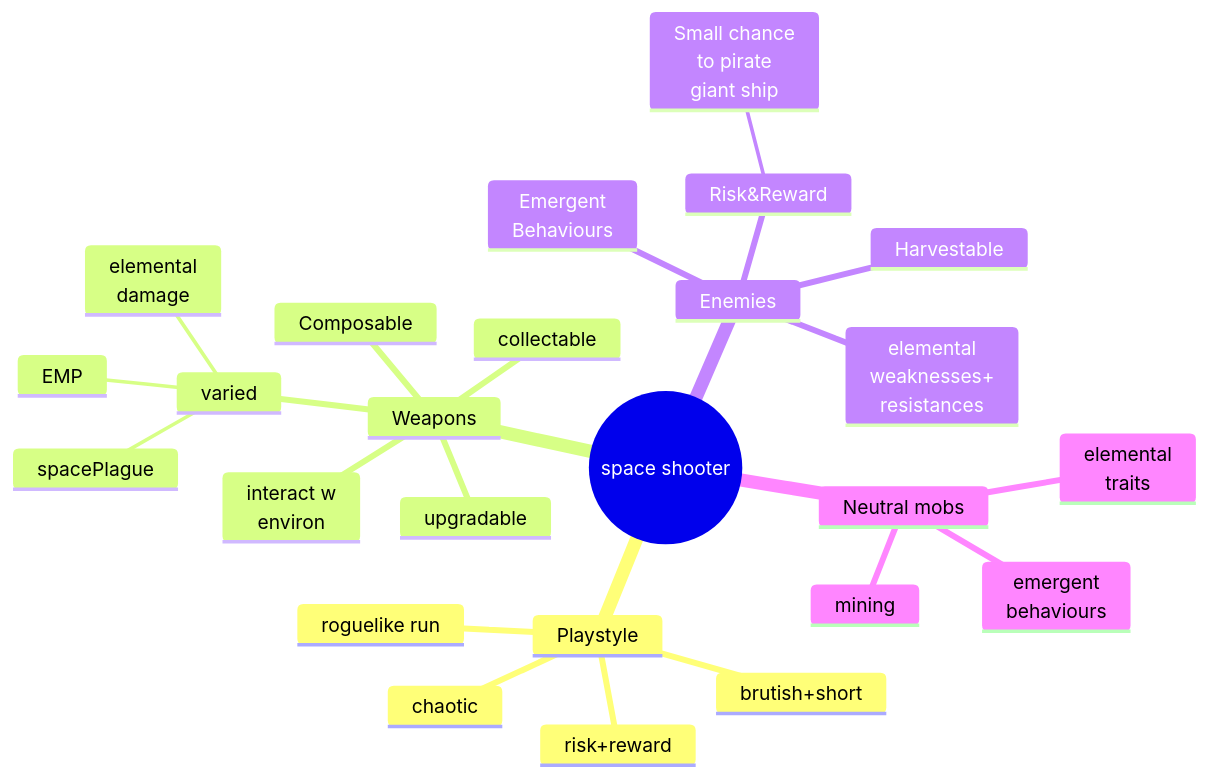
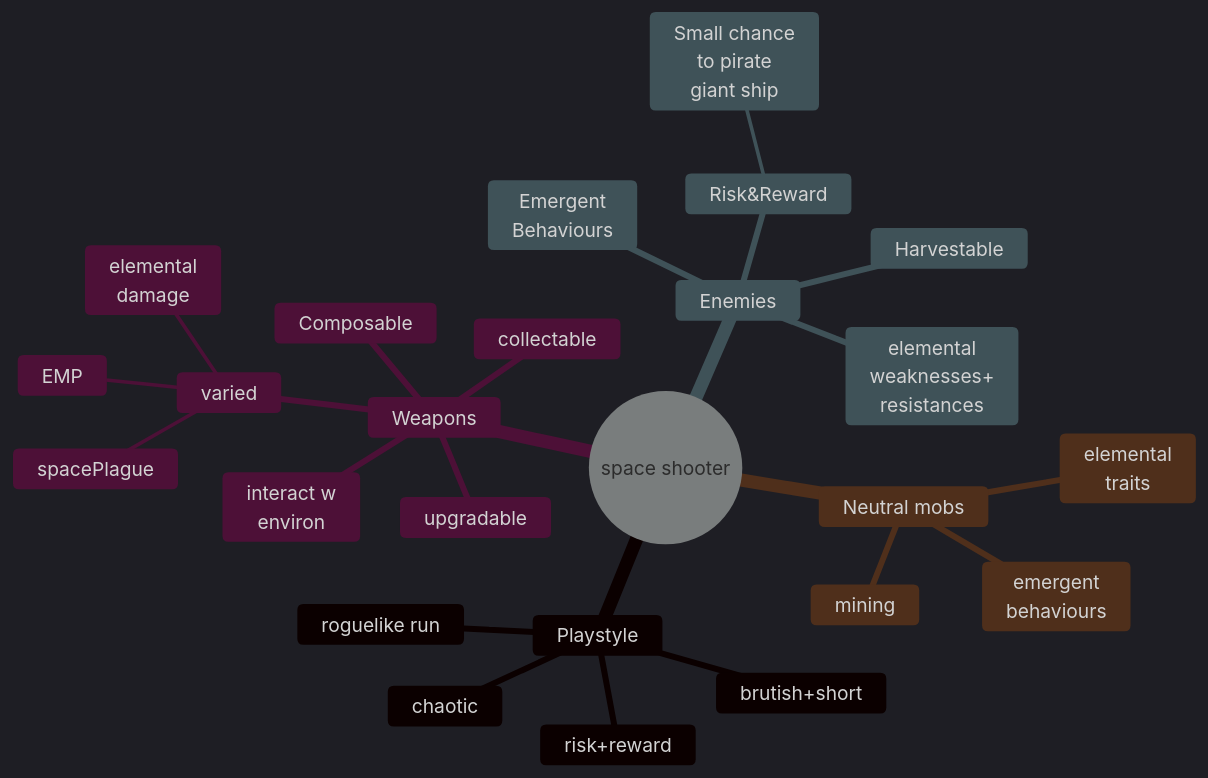
The diagram in docs/todo.md (nbogie/p5js-space-scroller), drawn with Mermaid before and after one commit. The commit also changed other lines of this file, not shown here.

Commit message:
force  mermaid diagram theme to dark mode

````diff
--- a/docs/todo.md
+++ b/docs/todo.md
@@ -22,29 +22,30 @@
 ```mermaid
+%%{init: {'theme': 'dark'}}%%
 mindmap
   root((space shooter))
     Playstyle
       roguelike run
       risk+reward
       chaotic
       brutish+short
     Weapons
       Composable
       ::icon(fa fa-book)
       varied
         elemental<br/>damage
         spacePlague
         EMP
       interact w<br/>environ
       collectable
       upgradable
     Enemies
       Emergent<br/>Behaviours
       Risk&Reward
         Small chance<br/>to pirate<br/>giant ship
       elemental<br/>weaknesses+<br/>resistances
       Harvestable
     Neutral mobs
       elemental<br/>traits
       emergent<br/>behaviours
       mining
 ```
````
